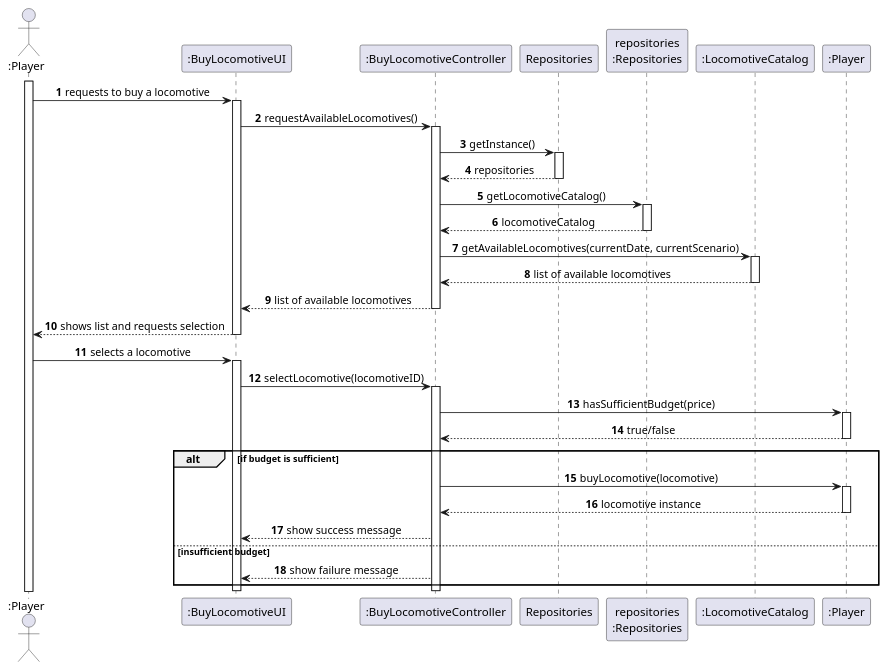
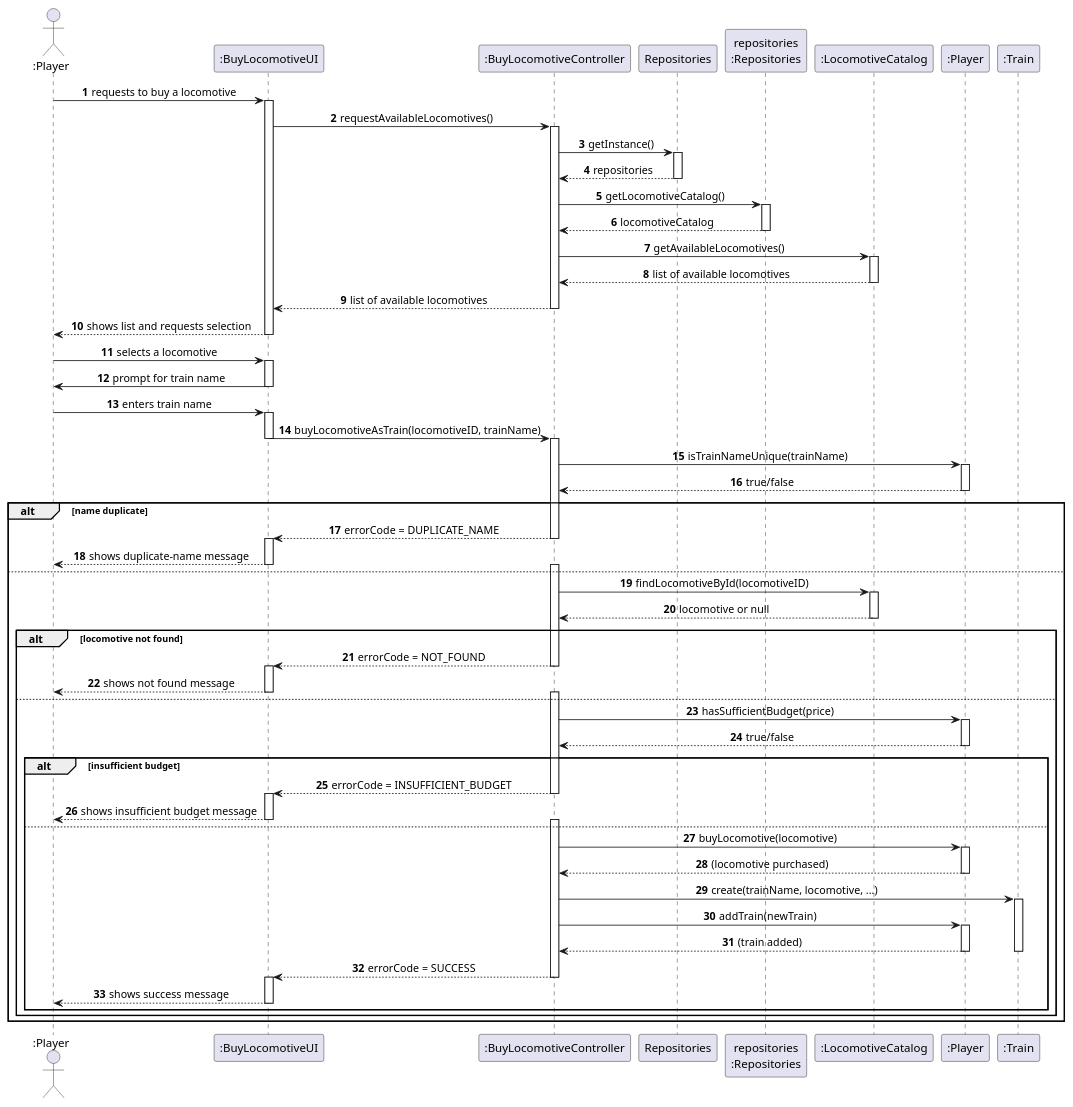
One commit to 1240826/empire-on-tracks changed the diagram in docs/system-documentation/US009/03.design/puml/US009-SD-full.puml. Above: the diagram before and after it, drawn with PlantUML. The commit also changed 22 other files, not shown here.

```diff
--- a/docs/system-documentation/US009/03.design/puml/US009-SD-full.puml
+++ b/docs/system-documentation/US009/03.design/puml/US009-SD-full.puml
@@ -1,70 +1,118 @@
 @startuml
 'skinparam monochrome true
 skinparam packageStyle rectangle
 skinparam shadowing false
 skinparam sequenceMessageAlign center
 
 autonumber
 
 actor ":Player" as Player
 participant ":BuyLocomotiveUI" as UI
 participant ":BuyLocomotiveController" as Controller
 participant "Repositories" as REPOS
 participant "repositories\n:Repositories" as REPOS_SINGLETON
 participant ":LocomotiveCatalog" as Catalog
 participant ":Player" as PlayerObject
-
-activate Player
+participant ":Train" as Train
 
 Player -> UI : requests to buy a locomotive
 activate UI
 
 UI -> Controller : requestAvailableLocomotives()
 activate Controller
 
 Controller -> REPOS : getInstance()
 activate REPOS
 REPOS --> Controller : repositories
 deactivate REPOS
 
 Controller -> REPOS_SINGLETON : getLocomotiveCatalog()
 activate REPOS_SINGLETON
 REPOS_SINGLETON --> Controller : locomotiveCatalog
 deactivate REPOS_SINGLETON
 
-Controller -> Catalog : getAvailableLocomotives(currentDate, currentScenario)
+Controller -> Catalog : getAvailableLocomotives()
 activate Catalog
 Catalog --> Controller : list of available locomotives
 deactivate Catalog
 
 Controller --> UI : list of available locomotives
 deactivate Controller
 
 UI --> Player : shows list and requests selection
 deactivate UI
 
 Player -> UI : selects a locomotive
 activate UI
+UI -> Player : prompt for train name
+deactivate UI
+Player -> UI : enters train name
+activate UI
 
-UI -> Controller : selectLocomotive(locomotiveID)
+UI -> Controller : buyLocomotiveAsTrain(locomotiveID, trainName)
+deactivate UI
 activate Controller
 
-Controller -> PlayerObject : hasSufficientBudget(price)
+
+Controller -> PlayerObject : isTrainNameUnique(trainName)
 activate PlayerObject
 PlayerObject --> Controller : true/false
 deactivate PlayerObject
 
-alt if budget is sufficient
-    Controller -> PlayerObject : buyLocomotive(locomotive)
-    activate PlayerObject
-    PlayerObject --> Controller : locomotive instance
-    deactivate PlayerObject
-    Controller --> UI : show success message
-else insufficient budget
-    Controller --> UI : show failure message
+alt name duplicate
+    Controller --> UI : errorCode = DUPLICATE_NAME
+    deactivate Controller
+    activate UI
+    UI --> Player : shows duplicate-name message
+    deactivate UI
+    activate Controller
+else
+    Controller -> Catalog : findLocomotiveById(locomotiveID)
+    activate Catalog
+    Catalog --> Controller : locomotive or null
+    deactivate Catalog
+
+    alt locomotive not found
+        Controller --> UI : errorCode = NOT_FOUND
+        deactivate Controller
+        activate UI
+        UI --> Player : shows not found message
+        deactivate UI
+        activate Controller
+    else
+        Controller -> PlayerObject : hasSufficientBudget(price)
+        activate PlayerObject
+        PlayerObject --> Controller : true/false
+        deactivate PlayerObject
+
+        alt insufficient budget
+            Controller --> UI : errorCode = INSUFFICIENT_BUDGET
+            deactivate Controller
+            activate UI
+            UI --> Player : shows insufficient budget message
+            deactivate UI
+            activate Controller
+        else
+            Controller -> PlayerObject : buyLocomotive(locomotive)
+            activate PlayerObject
+            PlayerObject --> Controller : (locomotive purchased)
+            deactivate PlayerObject
+
+            Controller -> Train : create(trainName, locomotive, ...)
+            activate Train
+            Controller -> PlayerObject : addTrain(newTrain)
+            activate PlayerObject
+            PlayerObject --> Controller : (train added)
+            deactivate PlayerObject
+            deactivate Train
+
+            Controller --> UI : errorCode = SUCCESS
+            deactivate Controller
+            activate UI
+            UI --> Player : shows success message
+            deactivate UI
+        end
+    end
 end
 
-deactivate Controller
-deactivate UI
-
 @enduml
```
